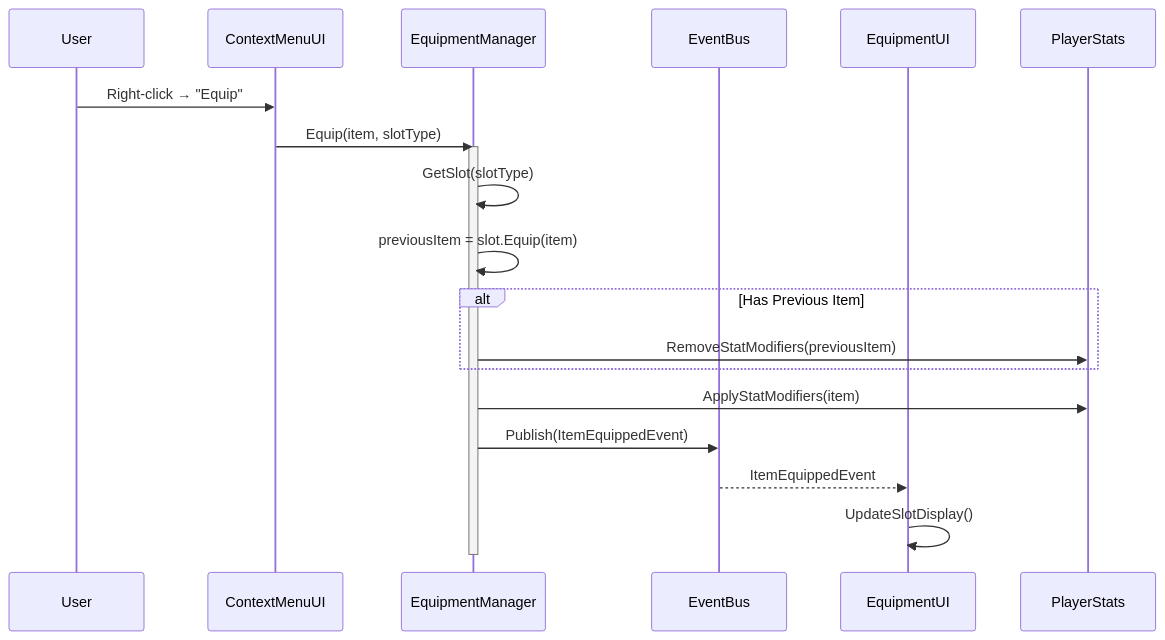
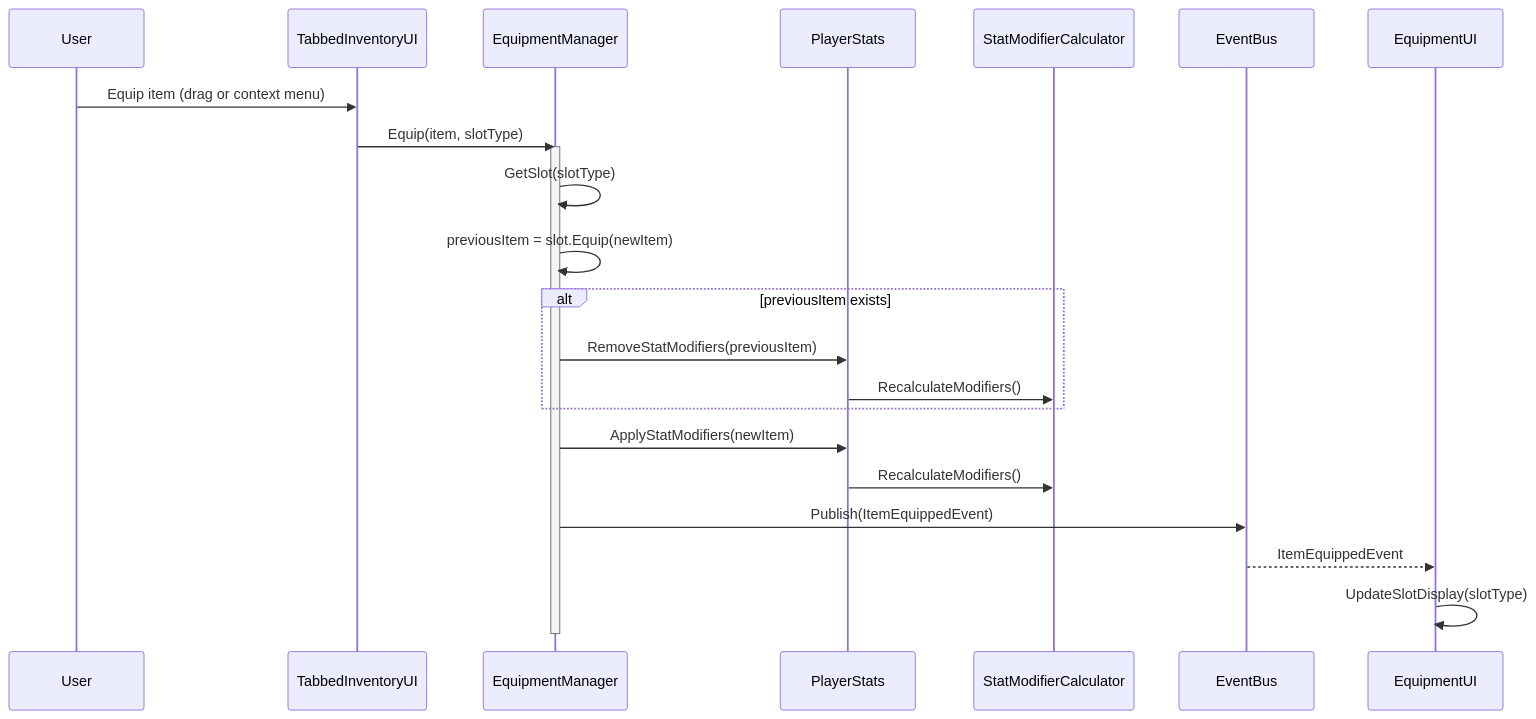
Diagram 15 of 20 in CODEBASE_MERMAID_DIAGRAMS.md (DontBeknown/so-PEAK), drawn with Mermaid before and after one commit. The commit also changed other lines of this file and 49 other files, not shown here.

````diff
--- a/CODEBASE_MERMAID_DIAGRAMS.md
+++ b/CODEBASE_MERMAID_DIAGRAMS.md
@@ -540,28 +791,31 @@
 ```mermaid
 sequenceDiagram
     participant User
-    participant Context as ContextMenuUI
+    participant InvUI as TabbedInventoryUI
     participant EquipMgr as EquipmentManager
+    participant Stats as PlayerStats
+    participant ModCalc as StatModifierCalculator
     participant EventBus
-    participant UI as EquipmentUI
-    participant Stats as PlayerStats
-    
-    User->>Context: Right-click → "Equip"
-    Context->>EquipMgr: Equip(item, slotType)
+    participant EquipUI as EquipmentUI
+
+    User->>InvUI: Equip item (drag or context menu)
+    InvUI->>EquipMgr: Equip(item, slotType)
     activate EquipMgr
-    
+
     EquipMgr->>EquipMgr: GetSlot(slotType)
-    EquipMgr->>EquipMgr: previousItem = slot.Equip(item)
-    
-    alt Has Previous Item
+    EquipMgr->>EquipMgr: previousItem = slot.Equip(newItem)
+
+    alt previousItem exists
         EquipMgr->>Stats: RemoveStatModifiers(previousItem)
+        Stats->>ModCalc: RecalculateModifiers()
     end
-    
-    EquipMgr->>Stats: ApplyStatModifiers(item)
+
+    EquipMgr->>Stats: ApplyStatModifiers(newItem)
+    Stats->>ModCalc: RecalculateModifiers()
+
     EquipMgr->>EventBus: Publish(ItemEquippedEvent)
-    
-    EventBus-->>UI: ItemEquippedEvent
-    UI->>UI: UpdateSlotDisplay()
-    
+    EventBus-->>EquipUI: ItemEquippedEvent
+    EquipUI->>EquipUI: UpdateSlotDisplay(slotType)
+
     deactivate EquipMgr
 ```
````
